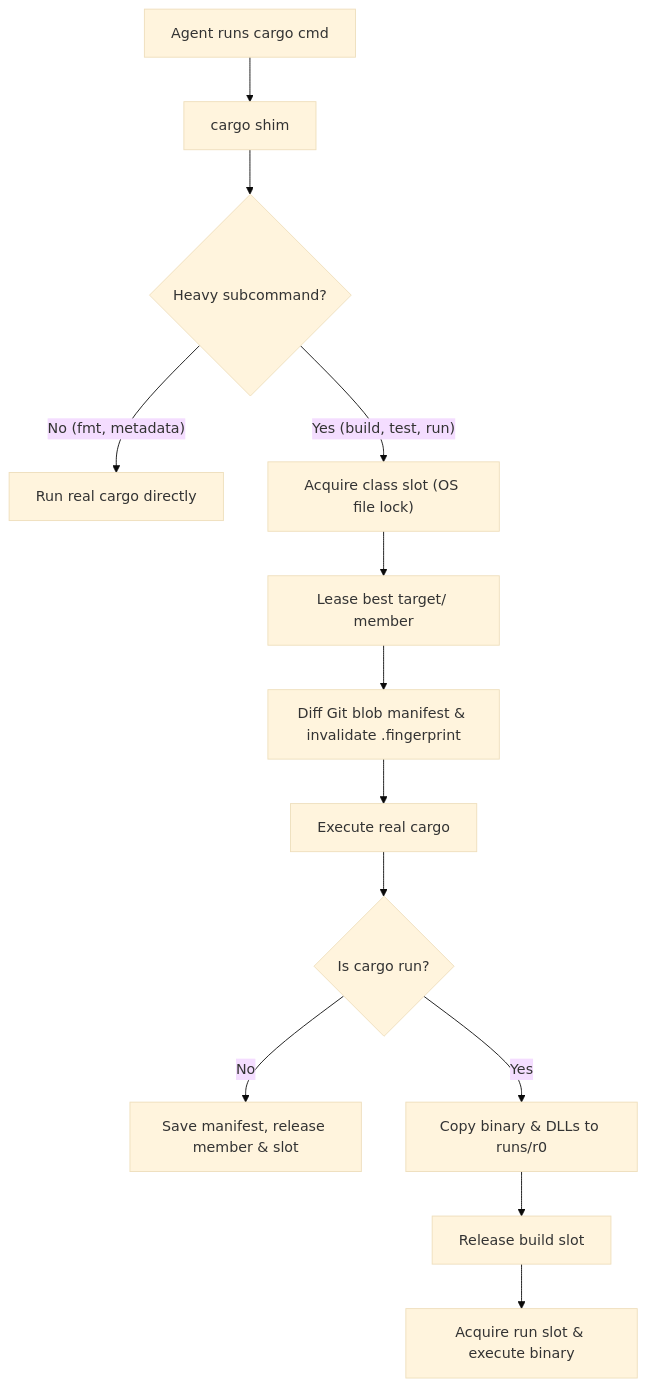
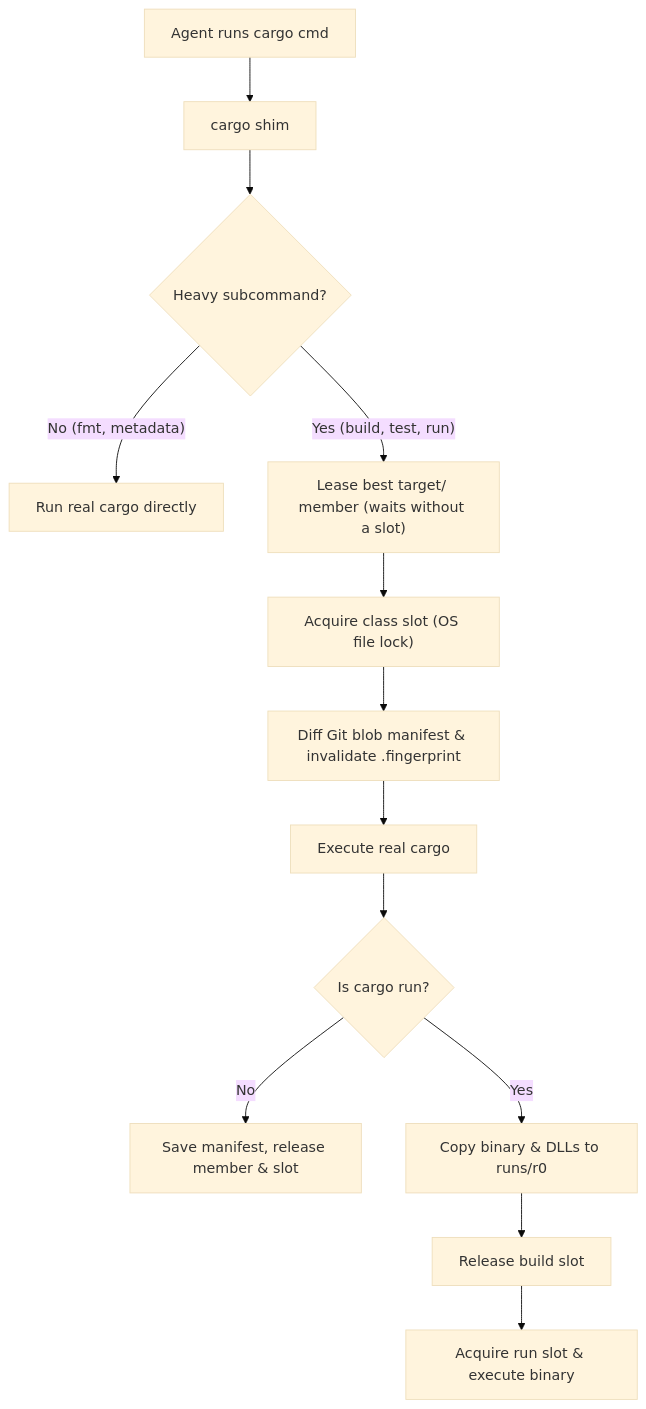
Before and after one commit to r4ai/buildq: the first of 2 diagrams in docs/architecture.md, drawn with Mermaid (base theme). The commit also changed other lines of this file and 3 other files, not shown here.

First line of the commit message:
fix: lease the pool member before taking a build slot (#90)

````diff
--- a/docs/architecture.md
+++ b/docs/architecture.md
@@ -8,15 +8,15 @@
 ```mermaid
 flowchart TD
     Cmd["Agent runs cargo cmd"] --> Shim["cargo shim"]
     Shim --> IsHeavy{"Heavy subcommand?"}
     IsHeavy -- "No (fmt, metadata)" --> Direct["Run real cargo directly"]
-    IsHeavy -- "Yes (build, test, run)" --> Queue["Acquire class slot (OS file lock)"]
-    Queue --> Pool["Lease best target/ member"]
-    Pool --> Manifest["Diff Git blob manifest & invalidate .fingerprint"]
+    IsHeavy -- "Yes (build, test, run)" --> Pool["Lease best target/ member (waits without a slot)"]
+    Pool --> Queue["Acquire class slot (OS file lock)"]
+    Queue --> Manifest["Diff Git blob manifest & invalidate .fingerprint"]
     Manifest --> Cargo["Execute real cargo"]
     Cargo --> IsRun{"Is cargo run?"}
     IsRun -- "No" --> Release["Save manifest, release member & slot"]
     IsRun -- "Yes" --> CopyBin["Copy binary & DLLs to runs/r0"]
     CopyBin --> ReleaseBuild["Release build slot"]
     ReleaseBuild --> RunSlot["Acquire run slot & execute binary"]
 ```
````
